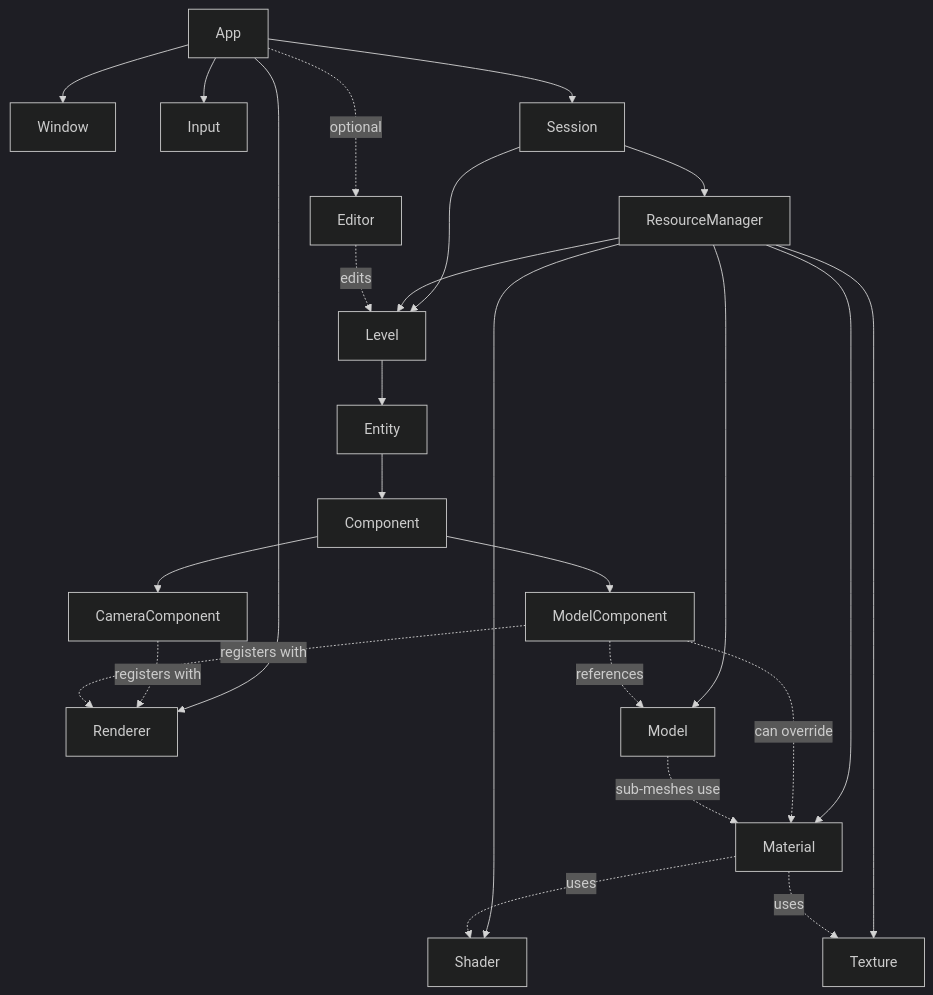
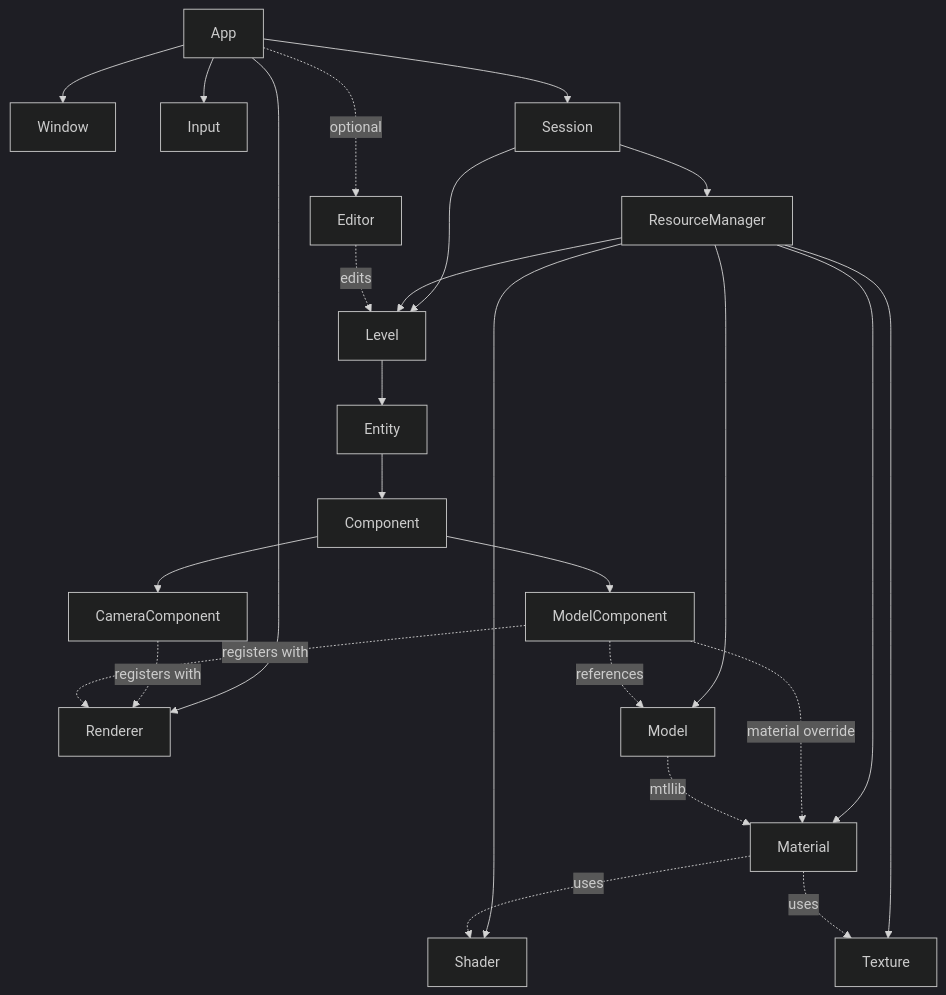
Before and after one commit to gabrielmaneru/gaia3: the diagram in README.md, drawn with Mermaid (dark theme). The commit also changed other lines of this file and 22 other files, not shown here.

Commit message:
Use .mtl material libraries, add ModelComponent setters and TGA support

````diff
--- a/README.md
+++ b/README.md
@@ -252,31 +261,31 @@
 ```mermaid
 graph TD
     App --> Window
     App --> Input
     App --> Renderer
     App --> Session
     App -. optional .-> Editor
 
     Session --> ResourceManager
     Session --> Level
     ResourceManager --> Level
     ResourceManager --> Model
     ResourceManager --> Material
     ResourceManager --> Shader
     ResourceManager --> Texture
 
     Level --> Entity
     Entity --> Component
     Component --> CameraComponent
     Component --> ModelComponent
 
     CameraComponent -. registers with .-> Renderer
     ModelComponent -. registers with .-> Renderer
     ModelComponent -. references .-> Model
-    ModelComponent -. can override .-> Material
-    Model -. sub-meshes use .-> Material
+    ModelComponent -. material override .-> Material
+    Model -. mtllib .-> Material
     Material -. uses .-> Shader
     Material -. uses .-> Texture
 
     Editor -. edits .-> Level
 ```
````
